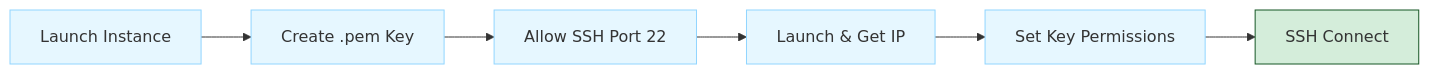
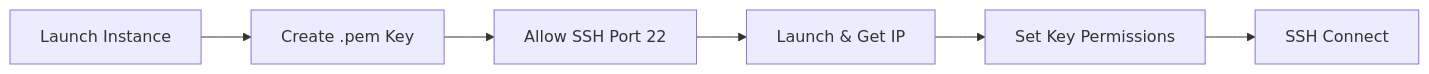
The second of 4 diagrams in docs/dev-cloud/cclab/lab_6.md (sujith-eag/sujith-library), drawn with Mermaid before and after one commit. The commit also changed other lines of this file and 41 other files, not shown here.

First line of the commit message:
Refactor diagrams and remove redundant styles in documentation

````diff
--- a/docs/dev-cloud/cclab/lab_6.md
+++ b/docs/dev-cloud/cclab/lab_6.md
@@ -52,14 +42,8 @@
 ```mermaid
 flowchart LR
     Launch[Launch Instance] --> Key[Create .pem Key]
     Key --> Security[Allow SSH Port 22]
     Security --> Run[Launch & Get IP]
     Run --> Perms[Set Key Permissions]
     Perms --> Connect[SSH Connect]
-
-    classDef process fill:#e6f7ff,stroke:#91d5ff
-    classDef success fill:#d4edda,stroke:#155724
-
-    class Launch,Key,Security,Run,Perms process
-    class Connect success
 ```
````
